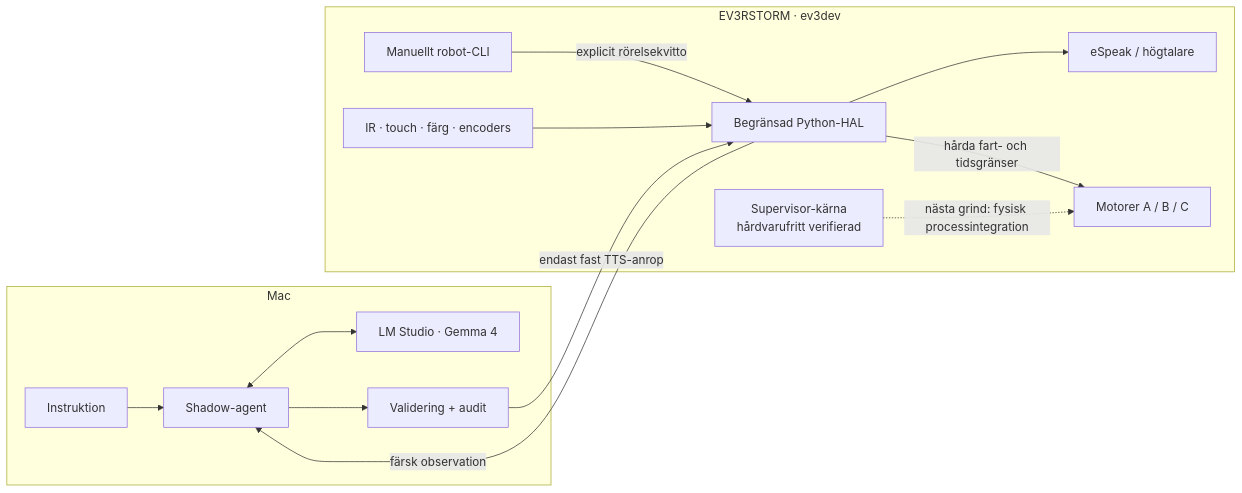
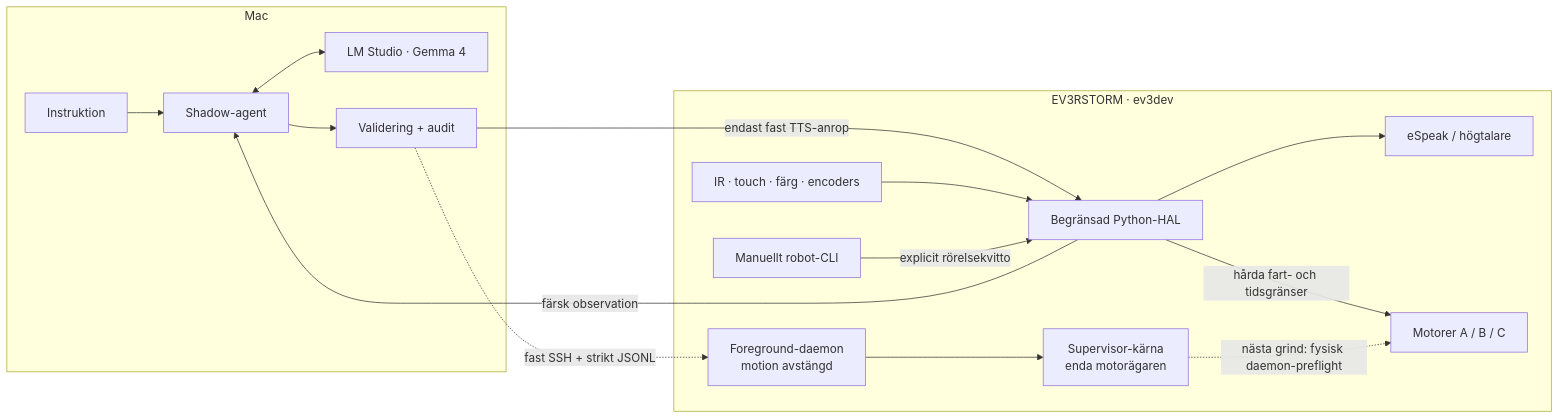
The diagram in README.md (Jawbreaker1/robot-llm), drawn with Mermaid before and after one commit. The commit also changed other lines of this file and 13 other files, not shown here.

Commit message:
Add motion-free EV3 supervisor transport

````diff
--- a/README.md
+++ b/README.md
@@ -55,29 +59,32 @@
 ```mermaid
 flowchart LR
     subgraph MAC["Mac"]
         I["Instruktion"]
         A["Shadow-agent"]
         L["LM Studio · Gemma 4"]
         V["Validering + audit"]
     end
 
     subgraph EV3["EV3RSTORM · ev3dev"]
         C["Manuellt robot-CLI"]
         H["Begränsad Python-HAL"]
         S["IR · touch · färg · encoders"]
         T["eSpeak / högtalare"]
         M["Motorer A / B / C"]
-        X["Supervisor-kärna<br/>hårdvarufritt verifierad"]
+        X["Foreground-daemon<br/>motion avstängd"]
+        Y["Supervisor-kärna<br/>enda motorägaren"]
     end
 
     I --> A
     A <--> L
     A --> V
     V -->|"endast fast TTS-anrop"| H
     S --> H
     H -->|"färsk observation"| A
     H --> T
     C -->|"explicit rörelsekvitto"| H
     H -->|"hårda fart- och tidsgränser"| M
-    X -.->|"nästa grind: fysisk processintegration"| M
+    V -.->|"fast SSH + strikt JSONL"| X
+    X --> Y
+    Y -.->|"nästa grind: fysisk daemon-preflight"| M
 ```
````
